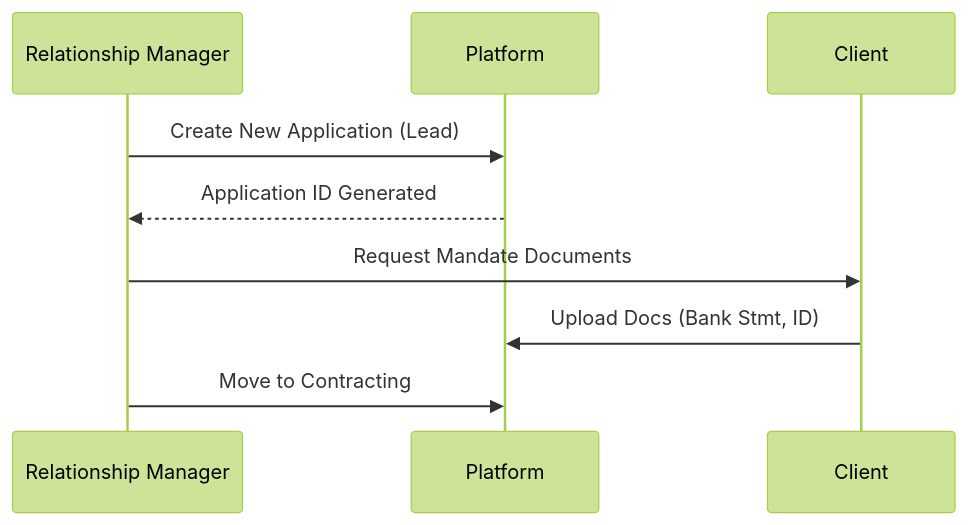
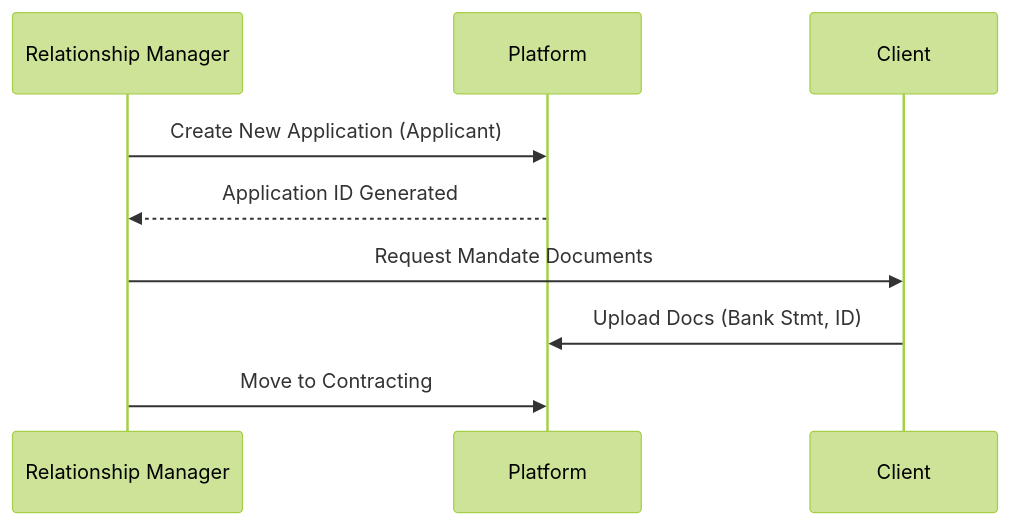
Before and after one commit to jakwakwa/Scol-WatchTower: the second of 3 diagrams in USER_GUIDE.md, drawn with Mermaid (forest theme). The commit also changed other lines of this file and 62 other files, not shown here.

````diff
--- a/USER_GUIDE.md
+++ b/USER_GUIDE.md
@@ -41,11 +41,11 @@
 ```mermaid
 sequenceDiagram
     participant RM as Relationship Manager
     participant App as Platform
     participant Client as Client
-    RM->>App: Create New Application (Lead)
+    RM->>App: Create New Application (Applicant)
     App-->>RM: Application ID Generated
     RM->>Client: Request Mandate Documents
     Client->>App: Upload Docs (Bank Stmt, ID)
     RM->>App: Move to Contracting
 ```
````
